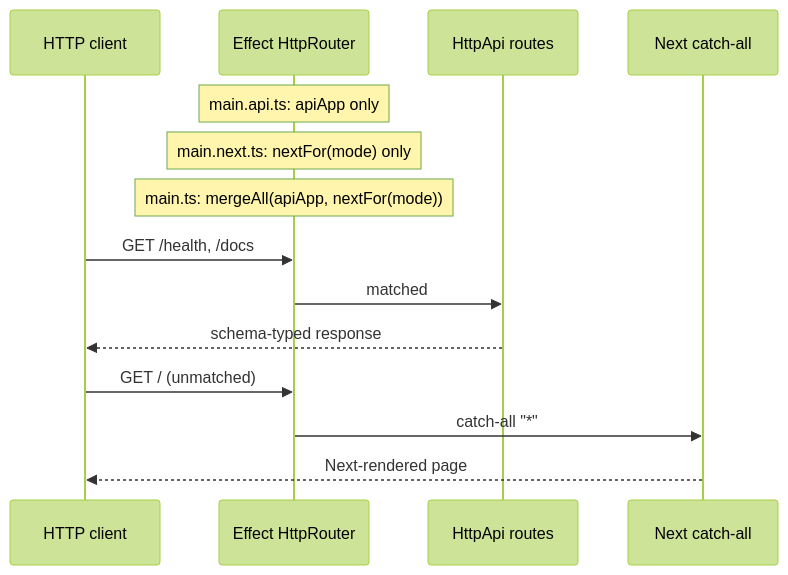
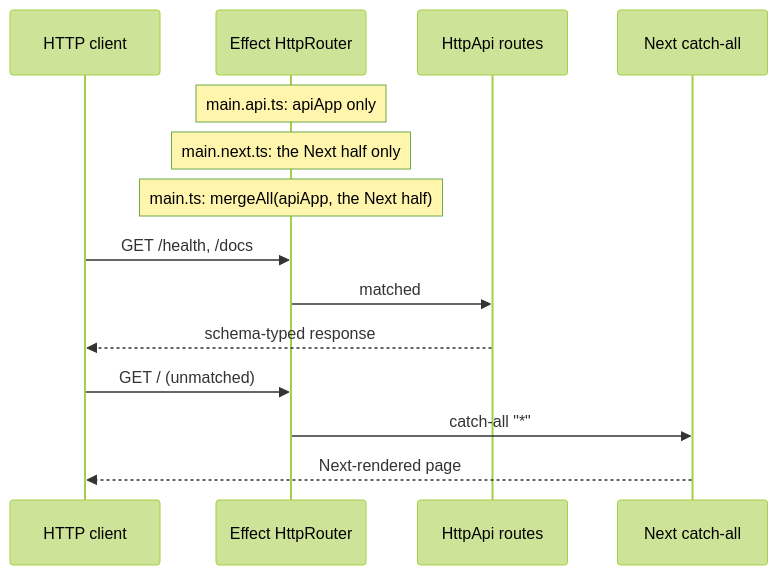
The diagram in README.md (tatemz/next-effect-bdd), drawn with Mermaid (forest theme) before and after one commit. The commit also changed other lines of this file and 17 other files, not shown here.

````diff
--- a/README.md
+++ b/README.md
@@ -16,18 +16,18 @@
 ```mermaid
 sequenceDiagram
     participant C as HTTP client
     participant R as Effect HttpRouter
     participant A as HttpApi routes
     participant N as Next catch-all
 
     Note over R: main.api.ts: apiApp only
-    Note over R: main.next.ts: nextFor(mode) only
-    Note over R: main.ts: mergeAll(apiApp, nextFor(mode))
+    Note over R: main.next.ts: the Next half only
+    Note over R: main.ts: mergeAll(apiApp, the Next half)
 
     C->>R: GET /health, /docs
     R->>A: matched
     A-->>C: schema-typed response
     C->>R: GET / (unmatched)
     R->>N: catch-all "*"
     N-->>C: Next-rendered page
 ```
````
